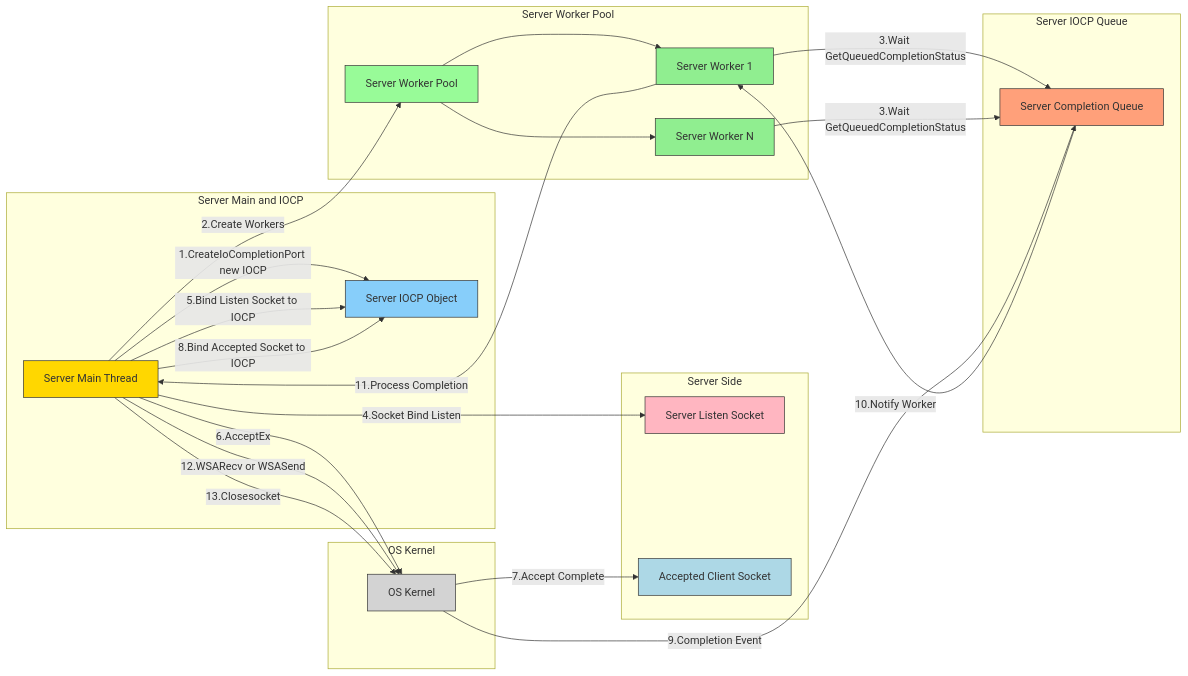
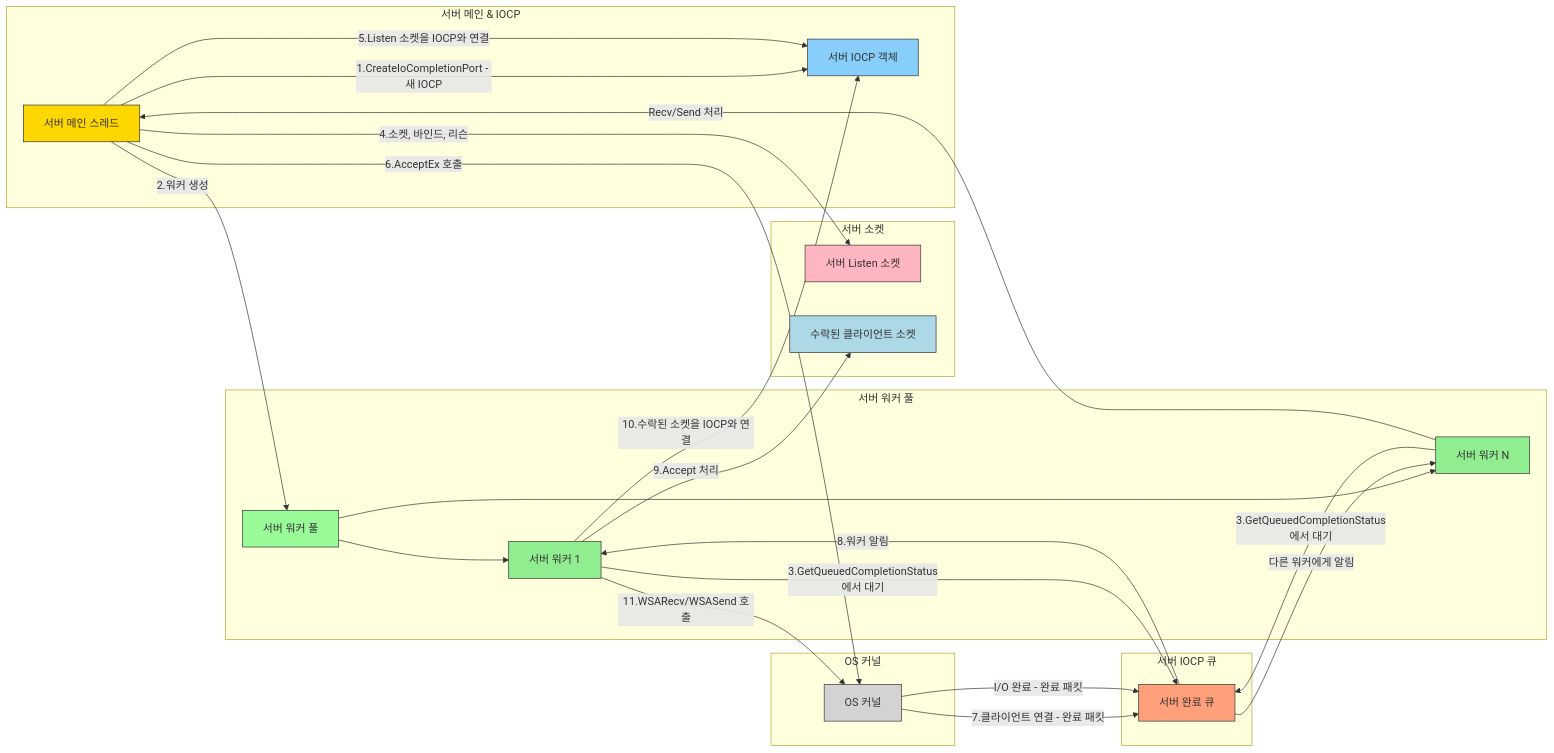
One commit to JunKIM2603a/MyIperf changed the first of 2 diagrams in UML/IOCP.md. Above: the diagram before and after it, drawn with Mermaid. The commit also changed other lines of this file and 19 other files, not shown here.

````diff
--- a/UML/IOCP.md
+++ b/UML/IOCP.md
@@ -23,63 +22,56 @@
 ```mermaid
 graph LR;
 
-    %% Main & IOCP
-    subgraph SERVER_MAIN ["Server Main and IOCP"]
-        SMain[Server Main Thread]:::main;
-        SIOCP[Server IOCP Object]:::iocp;
+    subgraph "서버 메인 & IOCP"
+        SMain[서버 메인 스레드]:::main;
+        SIOCP[서버 IOCP 객체]:::iocp;
     end
 
-    %% Server Sockets
-    subgraph SERVER ["Server Side"]
-        ServerSocket[Server Listen Socket]:::server;
-        AcceptedSocket[Accepted Client Socket]:::client;
+    subgraph "서버 소켓"
+        ServerSocket[서버 Listen 소켓]:::server;
+        AcceptedSocket[수락된 클라이언트 소켓]:::client;
     end
 
-    %% Worker Pool
-    subgraph SERVER_WORKERS ["Server Worker Pool"]
-        SPool[Server Worker Pool]:::pool;
-        SWorker1[Server Worker 1]:::worker;
-        SWorkerN[Server Worker N]:::worker;
+    subgraph "서버 워커 풀"
+        SPool[서버 워커 풀]:::pool;
+        SWorker1[서버 워커 1]:::worker;
+        SWorkerN[서버 워커 N]:::worker;
     end
 
-    %% Completion Queue
-    subgraph SERVER_QUEUE ["Server IOCP Queue"]
-        SQueue[Server Completion Queue]:::queue;
+    subgraph "서버 IOCP 큐"
+        SQueue[서버 완료 큐]:::queue;
     end
 
-    %% OS Kernel
-    subgraph KERNEL ["OS Kernel"]
-        Kernel[OS Kernel]:::kernel;
+    subgraph "OS 커널"
+        Kernel[OS 커널]:::kernel;
     end
 
-    %% Flow
-    SMain -->|1.CreateIoCompletionPort new IOCP| SIOCP;
-    SMain -->|2.Create Workers| SPool;
-    SPool --> SWorker1;
-    SPool --> SWorkerN;
-    SWorker1 -->|3.Wait GetQueuedCompletionStatus| SQueue;
-    SWorkerN -->|3.Wait GetQueuedCompletionStatus| SQueue;
+    %% 흐름
+    SMain -->|1.CreateIoCompletionPort - 새 IOCP| SIOCP;
+    SMain -->|2.워커 생성| SPool;
+    SPool --> SWorker1 & SWorkerN;
+    SWorker1 & SWorkerN -->|3.GetQueuedCompletionStatus에서 대기| SQueue;
 
-    SMain -->|4.Socket Bind Listen| ServerSocket;
-    SMain -->|5.Bind Listen Socket to IOCP| SIOCP;
-    SMain -->|6.AcceptEx| Kernel;
+    SMain -->|4.소켓, 바인드, 리슨| ServerSocket;
+    SMain -->|5.Listen 소켓을 IOCP와 연결| SIOCP;
+    SMain -->|6.AcceptEx 호출| Kernel;
 
-    Kernel -->|7.Accept Complete| AcceptedSocket;
-    SMain -->|8.Bind Accepted Socket to IOCP| SIOCP;
+    Kernel -- "7.클라이언트 연결 - 완료 패킷" --> SQueue;
+    SQueue -->|8.워커 알림| SWorker1;
+    SWorker1 -- "9.Accept 처리" --> AcceptedSocket;
+    SWorker1 -->|10.수락된 소켓을 IOCP와 연결| SIOCP;
+    SWorker1 -->|11.WSARecv/WSASend 호출| Kernel;
+    
+    Kernel -- "I/O 완료 - 완료 패킷" --> SQueue;
+    SQueue -->|다른 워커에게 알림| SWorkerN;
+    SWorkerN -->|Recv/Send 처리| SMain;
 
-    Kernel -->|9.Completion Event| SQueue;
-    SQueue -->|10.Notify Worker| SWorker1;
-    SWorker1 -->|11.Process Completion| SMain;
-    SMain -->|12.WSARecv or WSASend| Kernel;
-    SMain -->|13.Closesocket| Kernel;
-
-    %% Styling
     classDef main fill:#FFD700,stroke:#333,stroke-width:1px;
     classDef iocp fill:#87CEFA,stroke:#333,stroke-width:1px;
     classDef pool fill:#98FB98,stroke:#333,stroke-width:1px;
     classDef worker fill:#90EE90,stroke:#333,stroke-width:1px;
     classDef queue fill:#FFA07A,stroke:#333,stroke-width:1px;
     classDef kernel fill:#D3D3D3,stroke:#333,stroke-width:1px;
     classDef server fill:#FFB6C1,stroke:#333,stroke-width:1px;
     classDef client fill:#ADD8E6,stroke:#333,stroke-width:1px;
 ```
````
